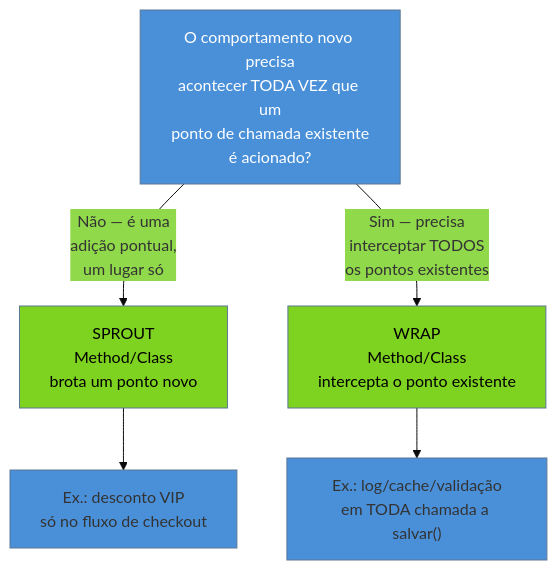
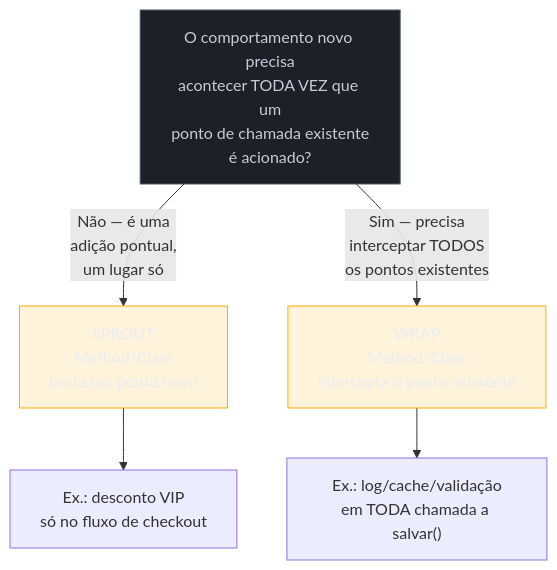
The third of 3 diagrams in 03-Dominios/Engenharia/Arqueologia e Restauração de Software/13 - Técnicas cirúrgicas.md (josenaldo/codex-technomanticus), drawn with Mermaid before and after one commit. The commit also changed other lines of this file and 1181 other files, not shown here.

First line of the commit message:
fix(diagramas): paleta do sistema no lugar de cor cravada no markdown

````diff
--- a/03-Dominios/Engenharia/Arqueologia e Restauração de Software/13 - Técnicas cirúrgicas.md
+++ b/03-Dominios/Engenharia/Arqueologia e Restauração de Software/13 - Técnicas cirúrgicas.md
@@ -154,12 +157,13 @@
 ```mermaid
-%%{init: {"theme": "base", "themeVariables": {"primaryColor": "#4A90D9"}}}%%
 graph TD
+    classDef neutro fill:#1B2029,stroke:#4E5666,color:#C6CCD8
+    classDef destaque fill:#FFAA0024,stroke:#FFAA00,color:#E9ECF2
     Q["O comportamento novo precisa<br/>acontecer TODA VEZ que um<br/>ponto de chamada existente<br/>é acionado?"]
     Q -->|"Não — é uma<br/>adição pontual,<br/>um lugar só"| SPROUT["SPROUT<br/>Method/Class<br/>brota um ponto novo"]
     Q -->|"Sim — precisa<br/>interceptar TODOS<br/>os pontos existentes"| WRAP["WRAP<br/>Method/Class<br/>intercepta o ponto existente"]
     SPROUT --> SNOTE["Ex.: desconto VIP<br/>só no fluxo de checkout"]
     WRAP --> WNOTE["Ex.: log/cache/validação<br/>em TODA chamada a salvar()"]
-    style Q fill:#4A90D9,color:#fff
-    style SPROUT fill:#7ED321,color:#000
-    style WRAP fill:#7ED321,color:#000
+    class Q neutro
+    class SPROUT destaque
+    class WRAP destaque
 ```
````
